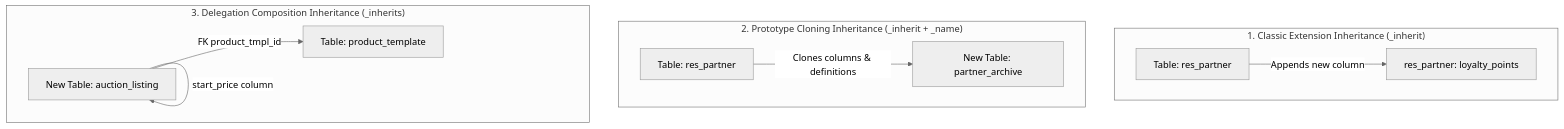
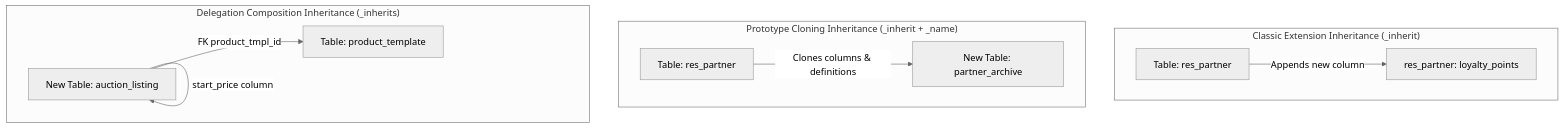
The first of 2 diagrams in docs/business/inheritance.md (Kashyap-001/odoo19-docs), drawn with Mermaid (neutral theme) before and after one commit. The commit also changed other lines of this file, not shown here.

Commit message:
docs: restructure inheritance guide to graduated flow and add oversight workflow

````diff
--- a/docs/business/inheritance.md
+++ b/docs/business/inheritance.md
@@ -173,16 +113,16 @@
 ```mermaid
 graph TD
-    subgraph "1. Classic Extension Inheritance (_inherit)"
+    subgraph "Classic Extension Inheritance (_inherit)"
         C1[Table: res_partner] -->|Appends new column| C2[res_partner: loyalty_points]
     end
 
-    subgraph "2. Prototype Cloning Inheritance (_inherit + _name)"
+    subgraph "Prototype Cloning Inheritance (_inherit + _name)"
         P1[Table: res_partner] -->|Clones columns & definitions| P2[New Table: partner_archive]
     end
 
-    subgraph "3. Delegation Composition Inheritance (_inherits)"
+    subgraph "Delegation Composition Inheritance (_inherits)"
         D1[Table: product_template]
         D2[New Table: auction_listing] -->|FK product_tmpl_id| D1
         D2 -->|start_price column| D2
     end
 ```
````
